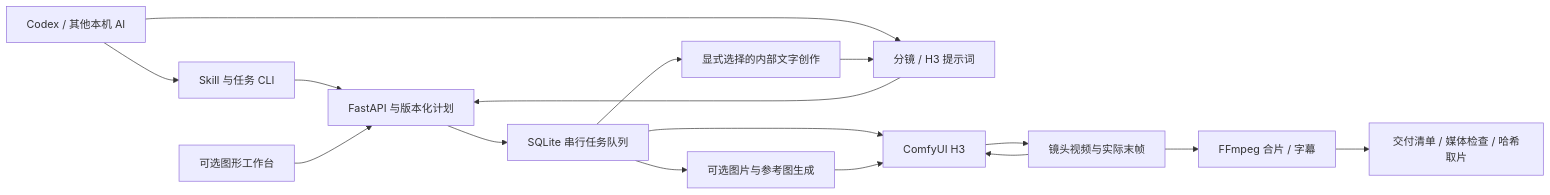
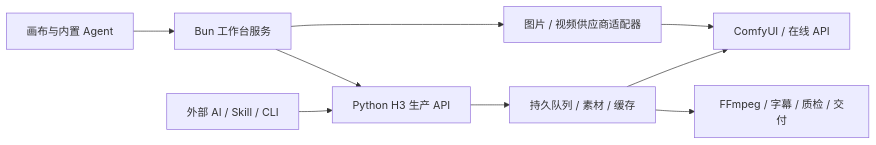
Before and after one commit to estel-li/short-drama-factory: the diagram in README.md, drawn with Mermaid. The commit also changed other lines of this file and 46 other files, not shown here.

````diff
--- a/README.md
+++ b/README.md
@@ -173,18 +59,11 @@
 ```mermaid
 flowchart LR
-    A[Codex / 其他本机 AI] --> S[Skill 与任务 CLI]
-    S --> B[FastAPI 与版本化计划]
-    W[可选图形工作台] --> B
-    B --> C[SQLite 串行任务队列]
-    A --> E[分镜 / H3 提示词]
-    E --> B
-    C --> D[显式选择的内部文字创作]
-    D --> E
-    C --> F[ComfyUI H3]
-    C --> I[可选图片与参考图生成]
-    I --> F
-    F --> G[镜头视频与实际末帧]
-    G --> F
-    G --> H[FFmpeg 合片 / 字幕]
-    H --> Q[交付清单 / 媒体检查 / 哈希取片]
+    W[画布与内置 Agent] --> S[Bun 工作台服务]
+    S --> M[图片 / 视频供应商适配器]
+    M --> C[ComfyUI / 在线 API]
+    S --> H[Python H3 生产 API]
+    A[外部 AI / Skill / CLI] --> H
+    H --> Q[持久队列 / 素材 / 缓存]
+    Q --> C
+    Q --> F[FFmpeg / 字幕 / 质检 / 交付]
 ```
````
